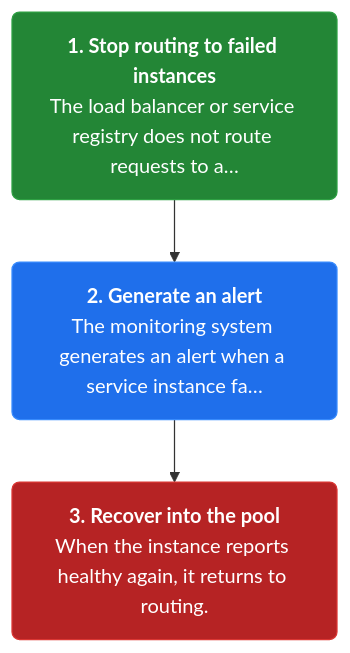
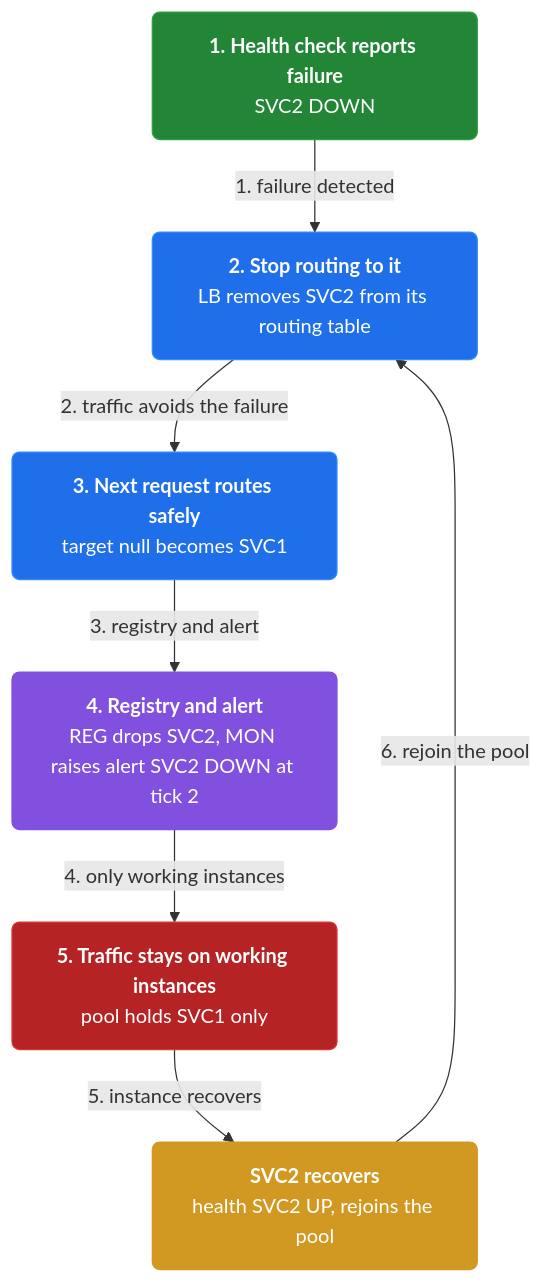
One commit to vinayakuber/microservices-io-study-guide changed the fourth of 4 diagrams in docs/ch35-health-check-api.md. Above: the diagram before and after it, drawn with Mermaid. The commit also changed other lines of this file and 46 other files, not shown here.

First line of the commit message:
Author rich branching flow diagrams for all 44 chapters

````diff
--- a/docs/ch35-health-check-api.md
+++ b/docs/ch35-health-check-api.md
@@ -121,11 +152,20 @@
 ```mermaid
 flowchart TD
-  classDef step fill:#1f6feb,color:#ffffff,stroke:#388bfd,stroke-width:1px,rx:6
+  classDef step fill:#1f6feb,color:#ffffff,stroke:#388bfd,rx:6
+  classDef core fill:#8250df,color:#ffffff,stroke:#8250df,rx:6
+  classDef warn fill:#d29922,color:#ffffff,stroke:#d29922,rx:6
   classDef start fill:#238636,color:#ffffff,stroke:#2ea043,rx:6
   classDef stop fill:#b62324,color:#ffffff,stroke:#da3633,rx:6
-  s3n0["<b>1. Stop routing to failed instances</b><br/>The load balancer or service registry does not route requests to a…"]:::start
-  s3n1["<b>2. Generate an alert</b><br/>The monitoring system generates an alert when a service instance fa…"]:::step
-  s3n2["<b>3. Recover into the pool</b><br/>When the instance reports healthy again, it returns to routing."]:::stop
-  s3n0 --> s3n1
-  s3n1 --> s3n2
+n0["<b>1. Health check reports failure</b><br/>SVC2 DOWN"]:::start
+  n1["<b>2. Stop routing to it</b><br/>LB removes SVC2 from its routing table"]:::step
+  n2["<b>3. Next request routes safely</b><br/>target null becomes SVC1"]:::step
+  n3["<b>4. Registry and alert</b><br/>REG drops SVC2, MON raises alert SVC2 DOWN at tick 2"]:::core
+  n4["<b>5. Traffic stays on working instances</b><br/>pool holds SVC1 only"]:::stop
+  n5["<b>SVC2 recovers</b><br/>health SVC2 UP, rejoins the pool"]:::warn
+  n0 -->|"1. failure detected"| n1
+  n1 -->|"2. traffic avoids the failure"| n2
+  n2 -->|"3. registry and alert"| n3
+  n3 -->|"4. only working instances"| n4
+  n4 -->|"5. instance recovers"| n5
+  n5 -->|"6. rejoin the pool"| n1
 ```
````
